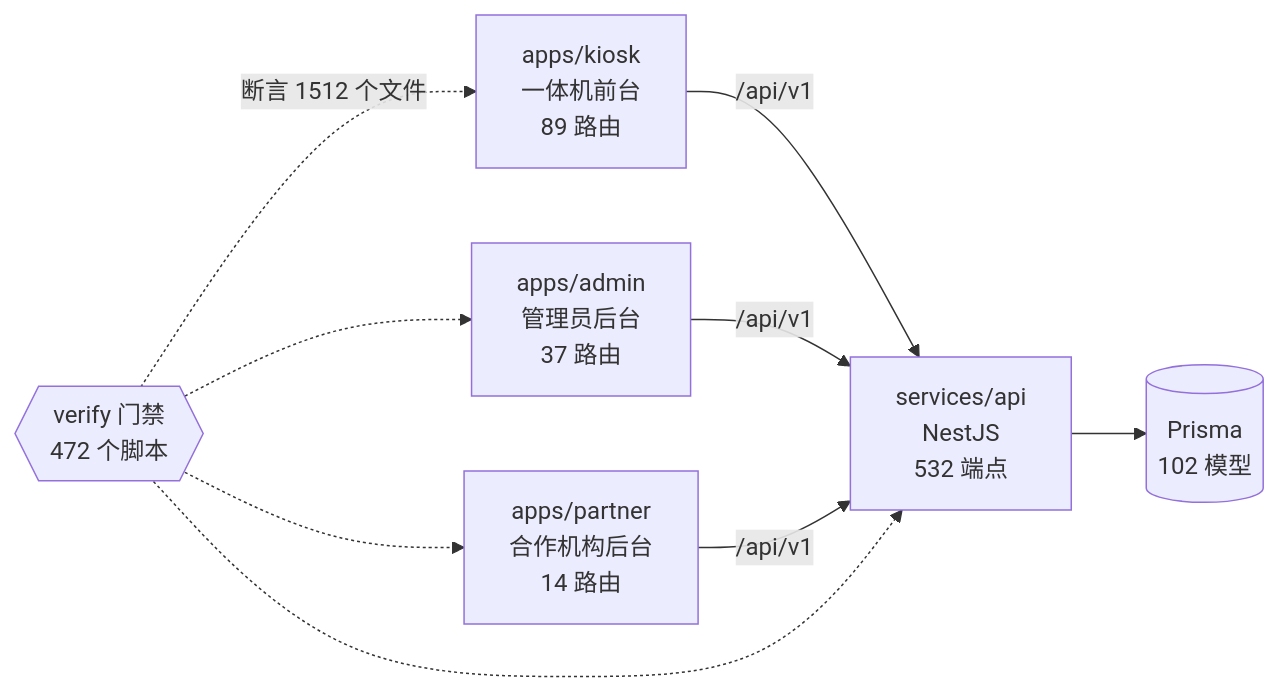
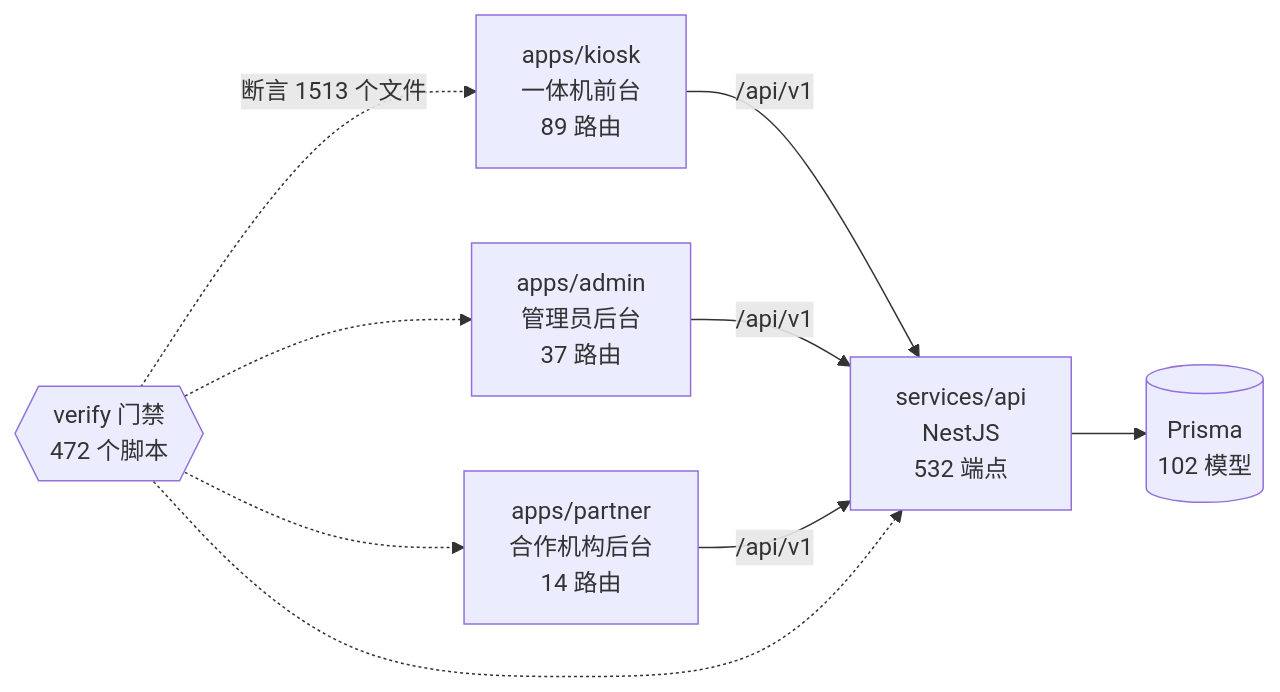
Before and after one commit to wanglei581/YITIJI: the diagram in docs/graph/README.md, drawn with Mermaid. The commit also changed other lines of this file and 4 other files, not shown here.

Commit message:
docs(graph): sync F2 route and gate index

````diff
--- a/docs/graph/README.md
+++ b/docs/graph/README.md
@@ -68,18 +68,18 @@
 ```mermaid
 flowchart LR
   kiosk["apps/kiosk<br/>一体机前台<br/>89 路由"]
   admin["apps/admin<br/>管理员后台<br/>37 路由"]
   partner["apps/partner<br/>合作机构后台<br/>14 路由"]
   api["services/api<br/>NestJS<br/>532 端点"]
   db[("Prisma<br/>102 模型")]
   gates{{"verify 门禁<br/>472 个脚本"}}
 
   kiosk -->|"/api/v1"| api
   admin -->|"/api/v1"| api
   partner -->|"/api/v1"| api
   api --> db
-  gates -.->|"断言 1512 个文件"| kiosk
+  gates -.->|"断言 1513 个文件"| kiosk
   gates -.-> admin
   gates -.-> partner
   gates -.-> api
 ```
````
